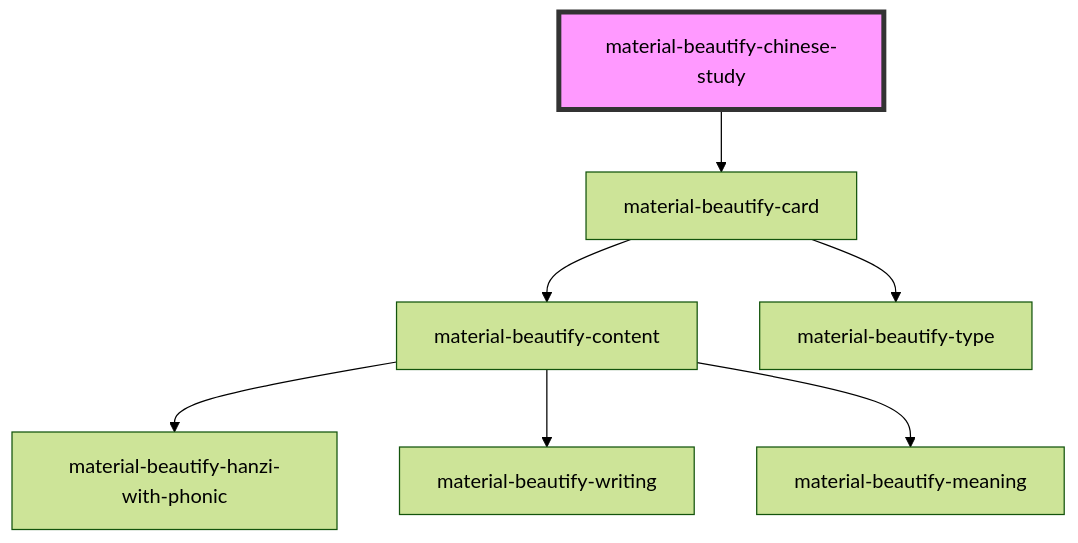
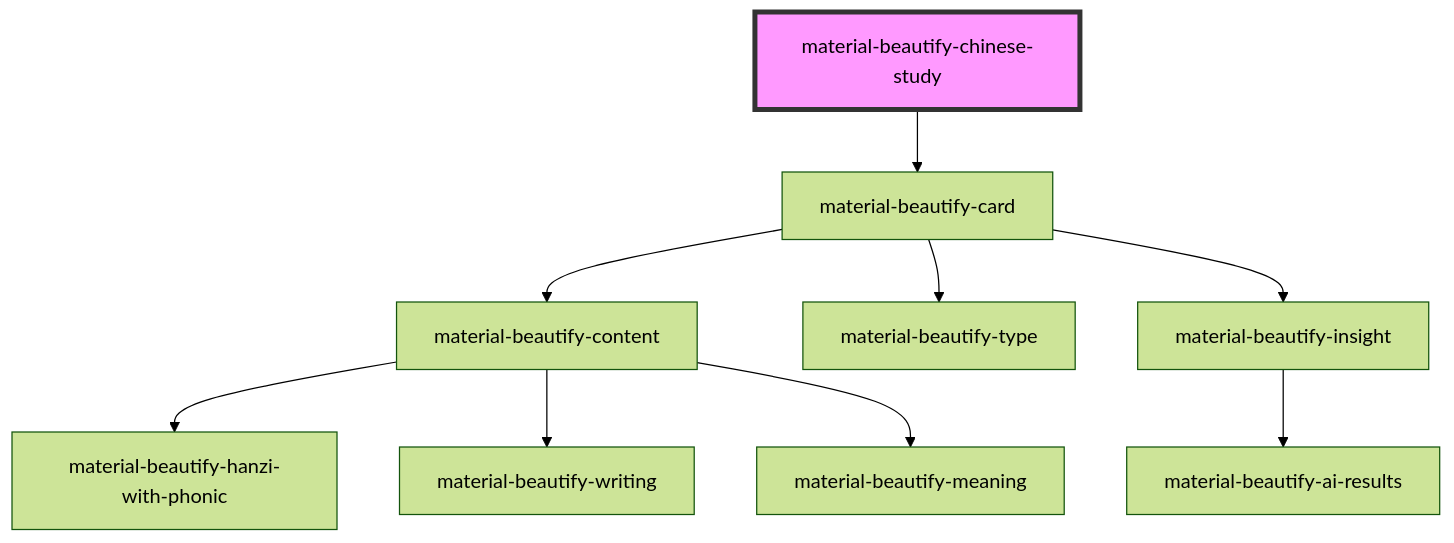
The diagram in output/components/material-beautify-chinese-study/readme.md (LoganConnor44/anki-templates), drawn with Mermaid (forest theme) before and after one commit. The commit also changed 11 other files, not shown here.

````diff
--- a/output/components/material-beautify-chinese-study/readme.md
+++ b/output/components/material-beautify-chinese-study/readme.md
@@ -48,10 +48,12 @@
 ```mermaid
 graph TD;
   material-beautify-chinese-study --> material-beautify-card
   material-beautify-card --> material-beautify-content
   material-beautify-card --> material-beautify-type
+  material-beautify-card --> material-beautify-insight
   material-beautify-content --> material-beautify-hanzi-with-phonic
   material-beautify-content --> material-beautify-writing
   material-beautify-content --> material-beautify-meaning
+  material-beautify-insight --> material-beautify-ai-results
   style material-beautify-chinese-study fill:#f9f,stroke:#333,stroke-width:4px
 ```
````
